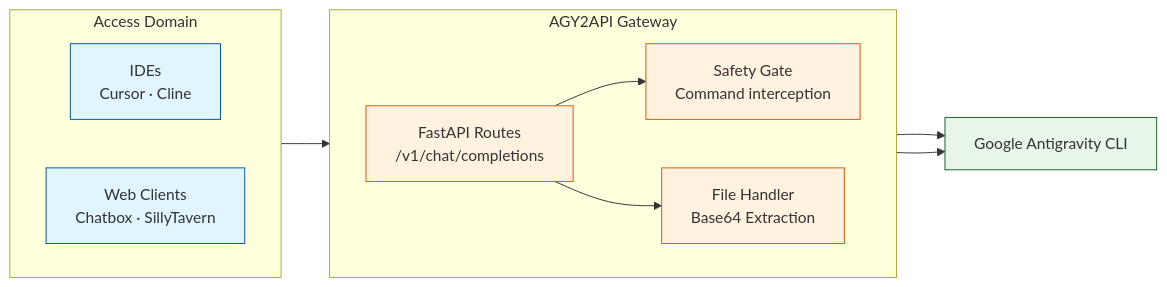
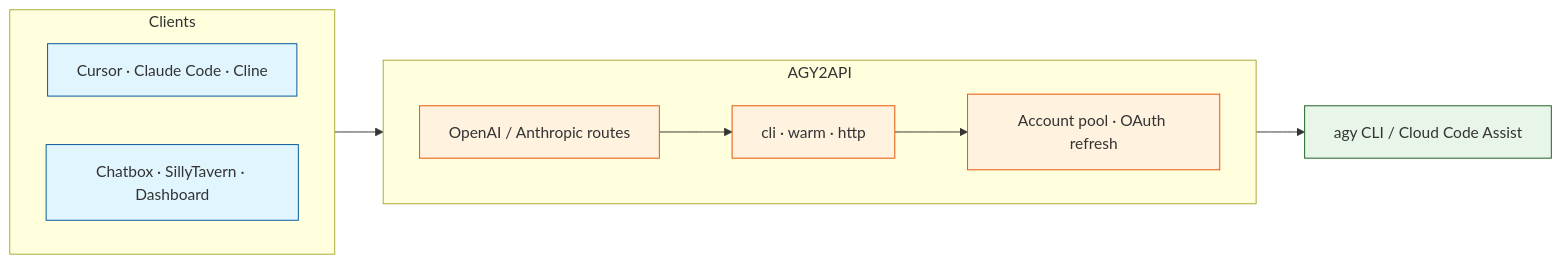
One commit to makarworld/agy2api changed the diagram in README.md. Above: the diagram before and after it, drawn with Mermaid. The commit also changed other lines of this file and 22 other files, not shown here.

First line of the commit message:
feat: http transport, OAuth refresh, docs

````diff
--- a/README.md
+++ b/README.md
@@ -32,32 +34,30 @@
 ```mermaid
 flowchart LR
     classDef client fill:#e1f5fe,stroke:#01579b
     classDef core fill:#fff3e0,stroke:#e65100
-    classDef cli fill:#e8f5e9,stroke:#1b5e20
+    classDef backend fill:#e8f5e9,stroke:#1b5e20
 
-    subgraph Clients["Access Domain"]
+    subgraph Clients["Clients"]
         direction LR
-        IDE["IDEs<br/>Cursor · Cline"]
-        WebUI["Web Clients<br/>Chatbox · SillyTavern"]
+        IDE["Cursor · Claude Code · Cline"]
+        WebUI["Chatbox · SillyTavern · Dashboard"]
     end
 
-    subgraph Gateway["AGY2API Gateway"]
+    subgraph Gateway["AGY2API"]
         direction LR
-        API["FastAPI Routes<br/>/v1/chat/completions"]
-        Security["Safety Gate<br/>Command interception"]
-        Files["File Handler<br/>Base64 Extraction"]
-        
-        API --> Security
-        API --> Files
+        API["OpenAI / Anthropic routes"]
+        Transport["cli · warm · http"]
+        Pool["Account pool · OAuth refresh"]
+        API --> Transport
+        Transport --> Pool
     end
 
-    AGY["Google Antigravity CLI"]
+    AGY["agy CLI / Cloud Code Assist"]
 
     Clients --> API
-    Security --> AGY
-    Files --> AGY
+    Pool --> AGY
 
     class IDE,WebUI client
-    class API,Security,Files core
-    class AGY cli
+    class API,Transport,Pool core
+    class AGY backend
 ```
````
